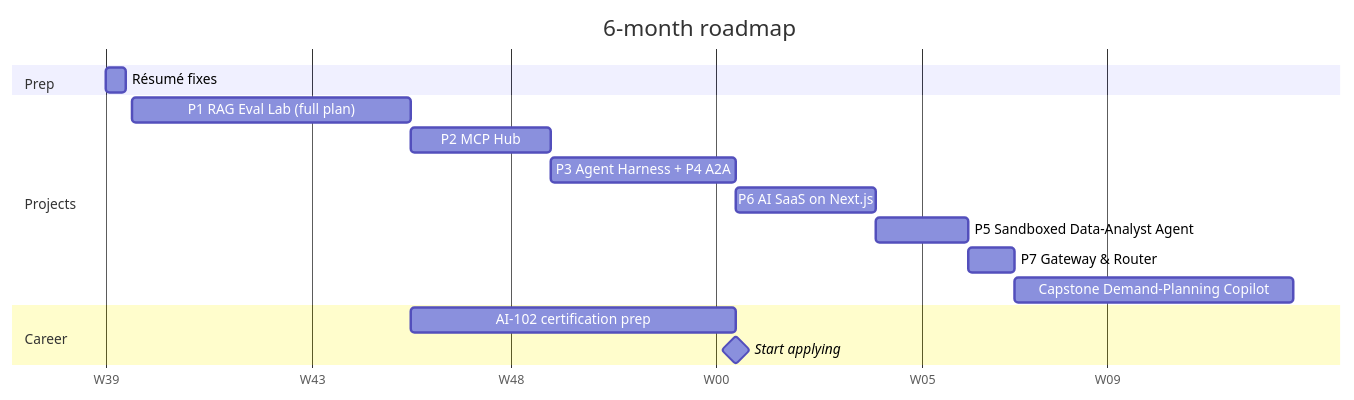
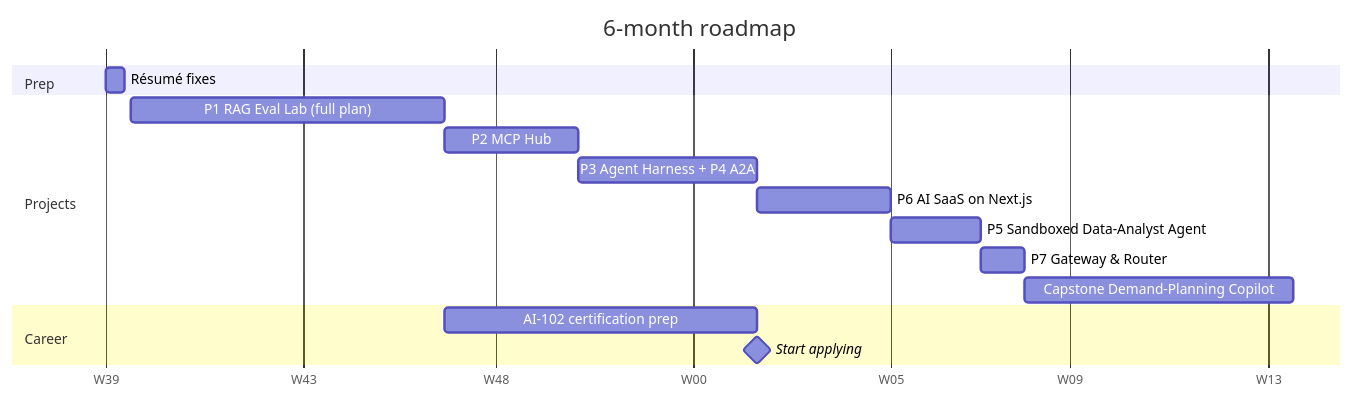
One commit to pRiMeXoMeGa/AI-Learning-Projects changed the diagram in 04-roadmap.md. Above: the diagram before and after it, drawn with Mermaid. The commit also changed other lines of this file and 23 other files, not shown here.

````diff
--- a/04-roadmap.md
+++ b/04-roadmap.md
@@ -34,19 +36,19 @@
 ```mermaid
 gantt
     title 6-month roadmap
     dateFormat YYYY-MM-DD
     axisFormat W%W
     section Prep
     Résumé fixes                        :r0, 2026-10-01, 3d
     section Projects
-    P1 RAG Eval Lab (full plan)         :p1, 2026-10-05, 6w
+    P1 RAG Eval Lab (full plan)         :p1, 2026-10-05, 7w
     P2 MCP Hub                          :p2, after p1, 3w
     P3 Agent Harness + P4 A2A           :p3, after p2, 4w
     P6 AI SaaS on Next.js               :p6, after p3, 3w
     P5 Sandboxed Data-Analyst Agent     :p5, after p6, 2w
     P7 Gateway & Router                 :p7, after p5, 1w
     Capstone Demand-Planning Copilot    :cap, after p7, 6w
     section Career
     AI-102 certification prep           :cert, after p1, 7w
     Start applying                      :milestone, after p3, 0d
 ```
````
